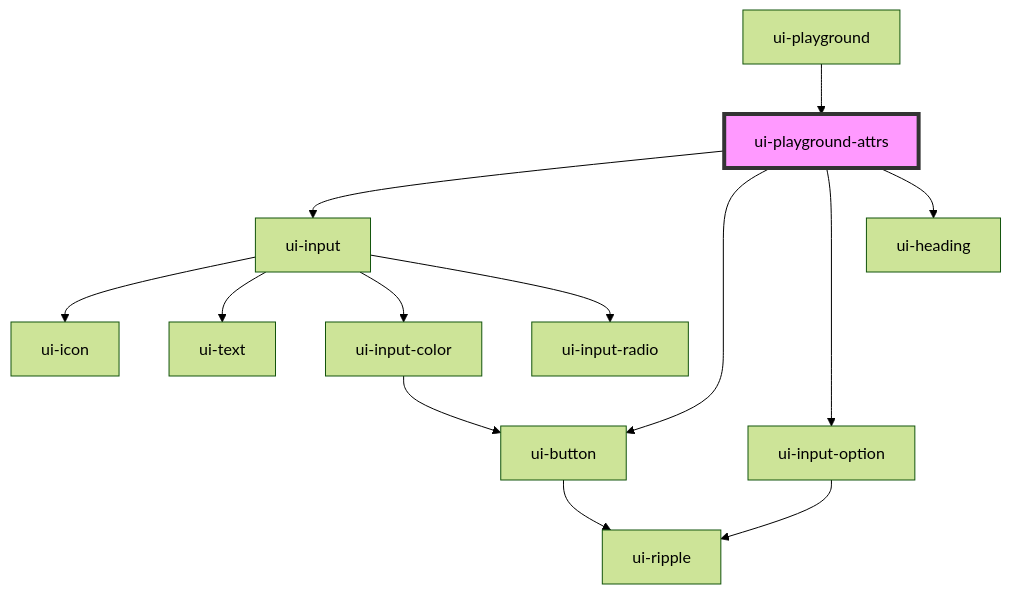
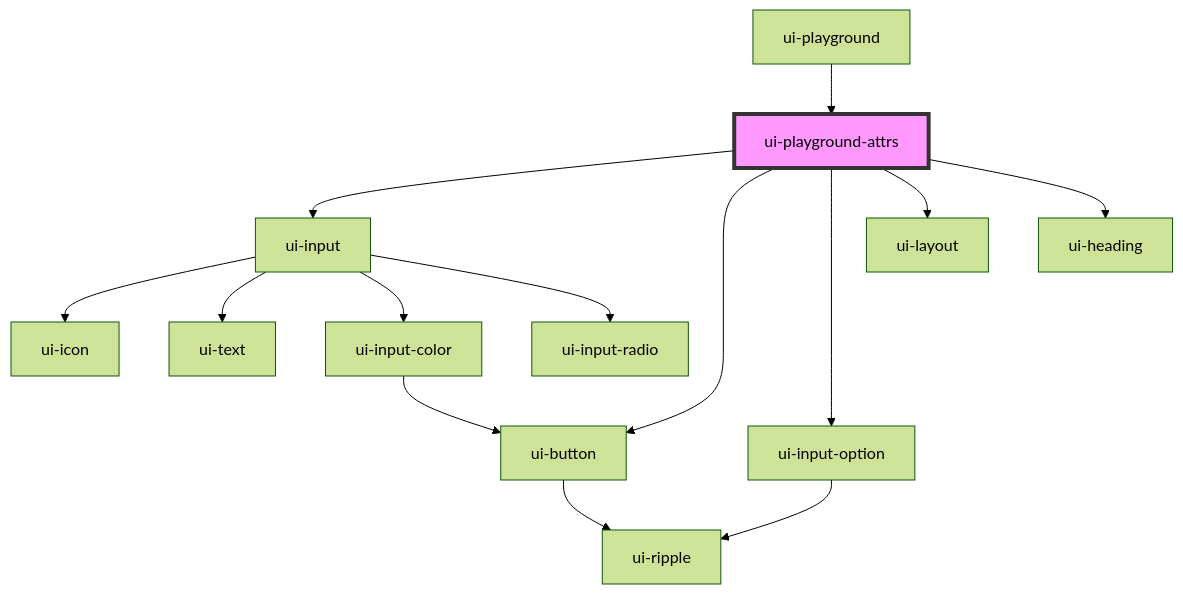
Before and after one commit to shahzad1970/psycho-ui: the diagram in src/components/ui-playground/ui-playground-attrs/readme.md, drawn with Mermaid (forest theme). The commit also changed other lines of this file and 285 other files, not shown here.

````diff
--- a/src/components/ui-playground/ui-playground-attrs/readme.md
+++ b/src/components/ui-playground/ui-playground-attrs/readme.md
@@ -37,16 +41,17 @@
 ```mermaid
 graph TD;
   ui-playground-attrs --> ui-input
   ui-playground-attrs --> ui-button
   ui-playground-attrs --> ui-input-option
+  ui-playground-attrs --> ui-layout
   ui-playground-attrs --> ui-heading
   ui-input --> ui-icon
   ui-input --> ui-text
   ui-input --> ui-input-color
   ui-input --> ui-input-radio
   ui-input-color --> ui-button
   ui-button --> ui-ripple
   ui-input-option --> ui-ripple
   ui-playground --> ui-playground-attrs
   style ui-playground-attrs fill:#f9f,stroke:#333,stroke-width:4px
 ```
````
